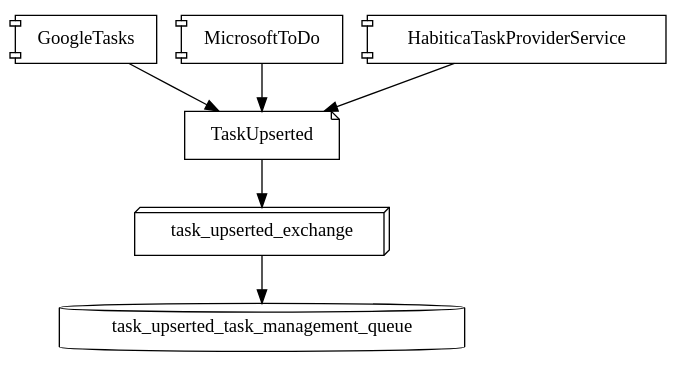
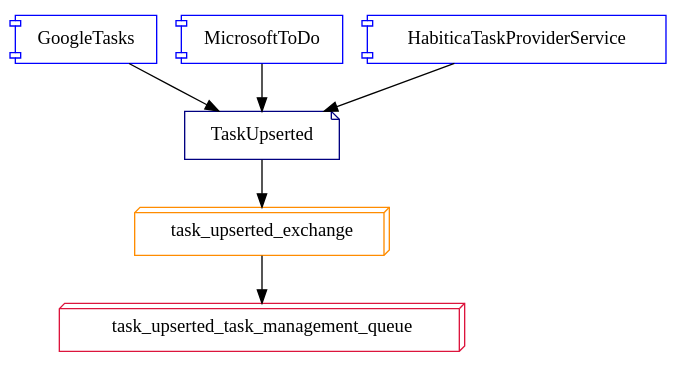
One commit to lionize/Messaging changed the diagram in flow.gv. Above: the diagram before and after it, drawn with Graphviz.

```diff
--- a/flow.gv
+++ b/flow.gv
@@ -1,14 +1,14 @@
 digraph {
-    GoogleTasks [shape=component]
-    MicrosoftToDo [shape=component]
-    HabiticaTaskProviderService [shape=component]
-    TaskUpserted [shape=note]
-    task_upserted_exchange [shape=box3d]
-    task_upserted_task_management_queue [shape=cylinder]
+    GoogleTasks [shape=component, color=blue]
+    MicrosoftToDo [shape=component, color=blue]
+    HabiticaTaskProviderService [shape=component, color=blue]
+    TaskUpserted [shape=note, color=navy]
+    task_upserted_exchange [shape=box3d, color=darkorange]
+    task_upserted_task_management_queue [shape=box3d, color=crimson]
 
     GoogleTasks -> TaskUpserted
     MicrosoftToDo -> TaskUpserted
     HabiticaTaskProviderService -> TaskUpserted
-    TaskUpserted -> task_upserted_exchange;
-    task_upserted_exchange -> task_upserted_task_management_queue;
+    TaskUpserted -> task_upserted_exchange
+    task_upserted_exchange -> task_upserted_task_management_queue
 }
```
